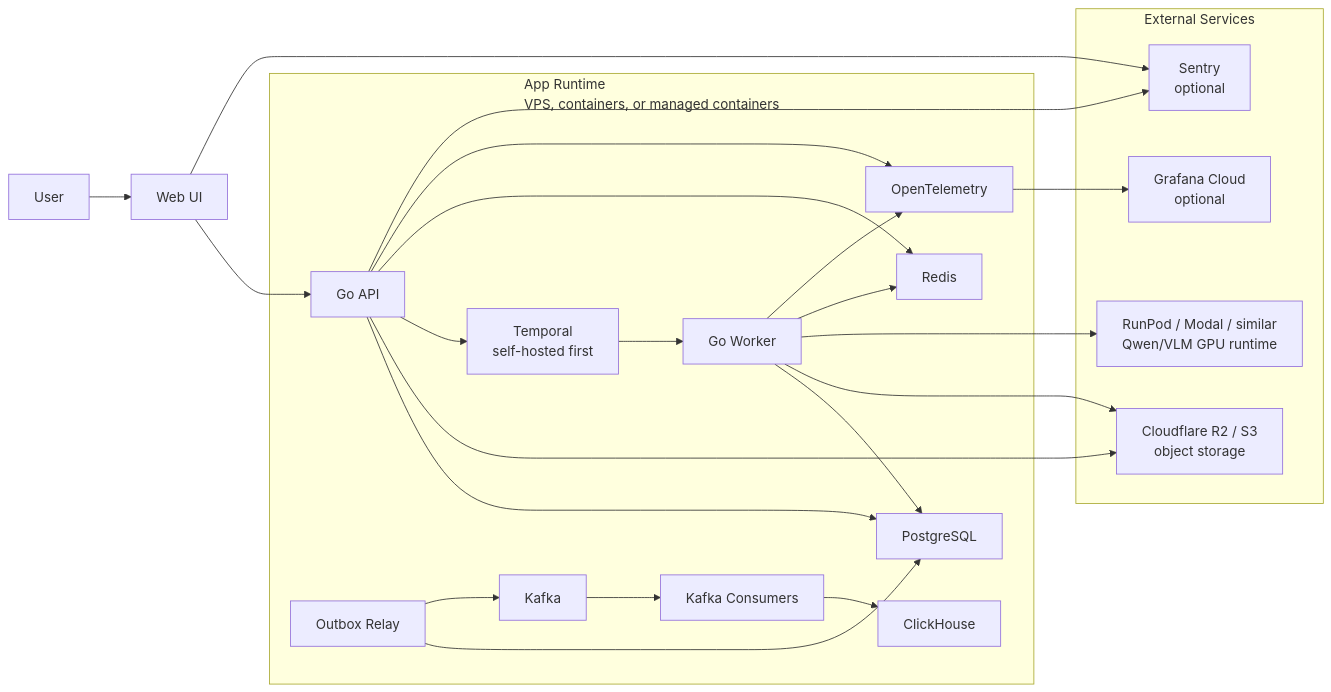
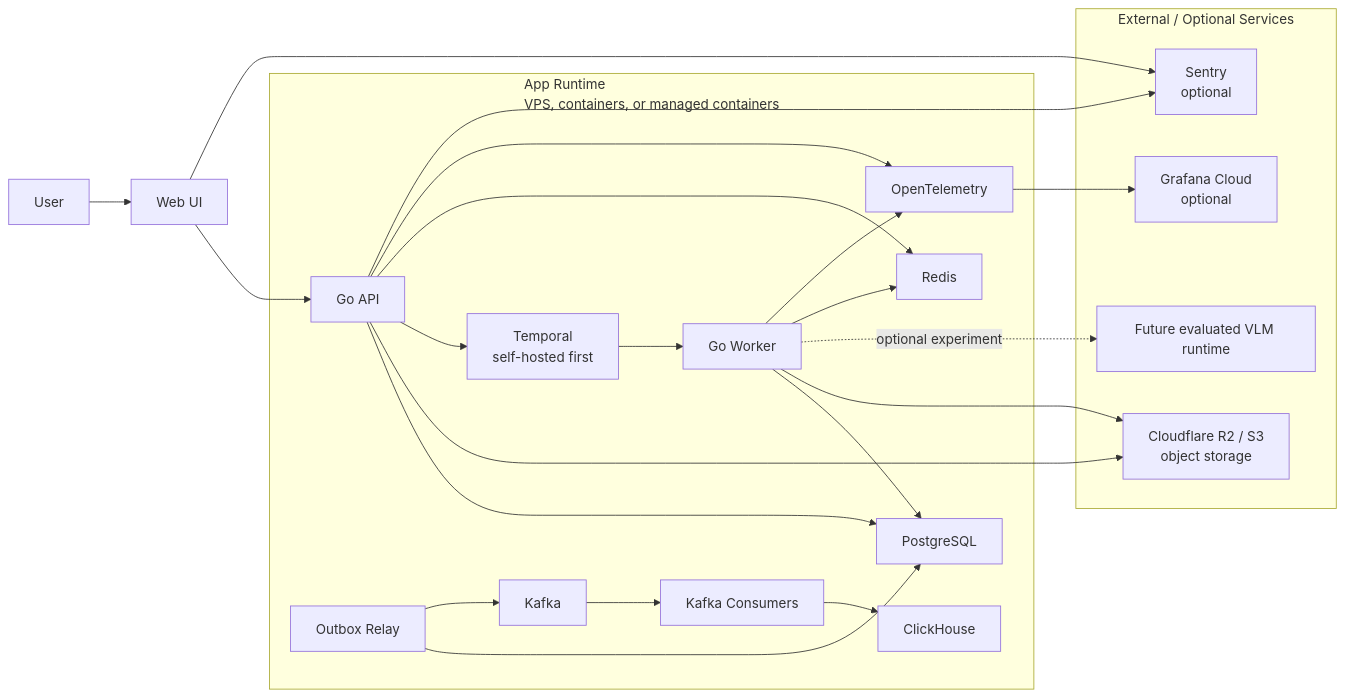
The fifth of 5 diagrams in docs/system-diagrams.md (Asklit/valorant-vod-coach), drawn with Mermaid before and after one commit. The commit also changed other lines of this file and 7 other files, not shown here.

Commit message:
docs: align architecture with delivered product

````diff
--- a/docs/system-diagrams.md
+++ b/docs/system-diagrams.md
@@ -263,46 +253,46 @@
 ```mermaid
 flowchart LR
   user[User]
   ui[Web UI]
 
   subgraph app[App Runtime<br/>VPS, containers, or managed containers]
     api[Go API]
     worker[Go Worker]
     relay[Outbox Relay]
     consumers[Kafka Consumers]
     temporal[Temporal<br/>self-hosted first]
     kafka[Kafka]
     redis[Redis]
     pg[PostgreSQL]
     ch[ClickHouse]
     otel[OpenTelemetry]
   end
 
-  subgraph external[External Services]
+  subgraph external[External / Optional Services]
     r2[Cloudflare R2 / S3<br/>object storage]
-    gpu[RunPod / Modal / similar<br/>Qwen/VLM GPU runtime]
+    gpu[Future evaluated VLM runtime]
     grafana[Grafana Cloud<br/>optional]
     sentry[Sentry<br/>optional]
   end
 
   user --> ui
   ui --> api
   api --> pg
   api --> r2
   api --> temporal
   temporal --> worker
   worker --> pg
   worker --> r2
-  worker --> gpu
+  worker -. optional experiment .-> gpu
   relay --> pg
   relay --> kafka
   kafka --> consumers
   consumers --> ch
   api --> redis
   worker --> redis
   api --> otel
   worker --> otel
   otel --> grafana
   api --> sentry
   ui --> sentry
 ```
````
